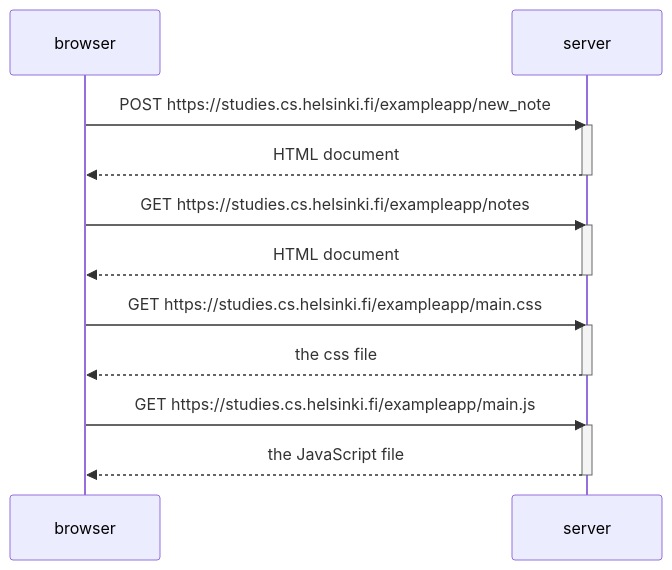
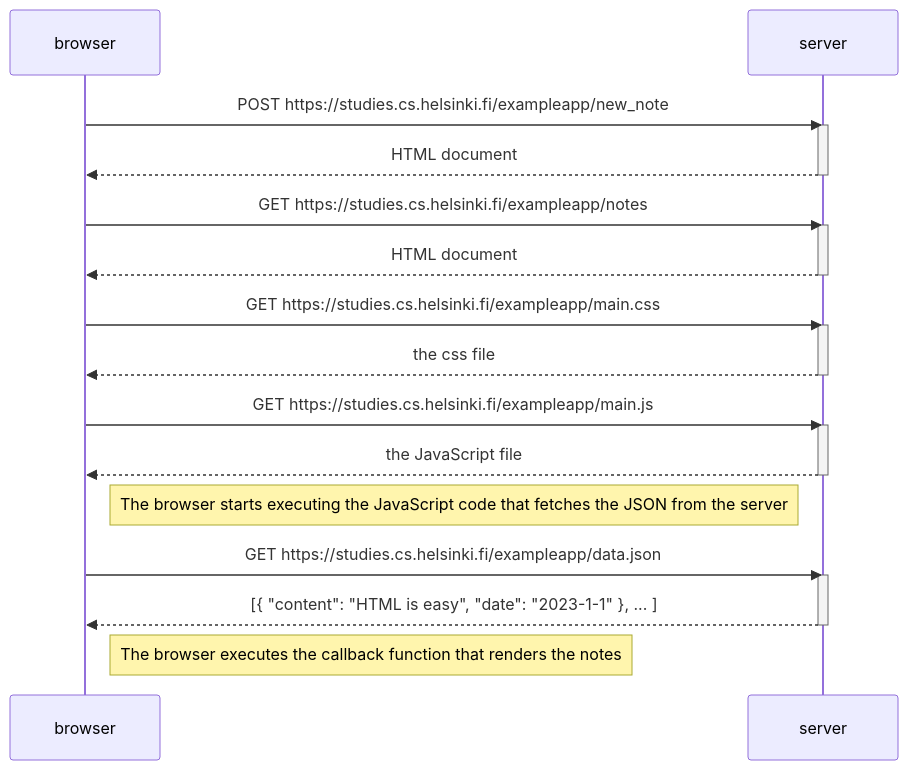
One commit to z0nsk1/FullStackOpen23 changed the diagram in 0.4_sekvenssikaavio.md. Above: the diagram before and after it, drawn with Mermaid.

````diff
--- a/0.4_sekvenssikaavio.md
+++ b/0.4_sekvenssikaavio.md
@@ -1,26 +1,35 @@
 ```mermaid
 sequenceDiagram
   participant browser
   participant server
 
   browser->>server: POST https://studies.cs.helsinki.fi/exampleapp/new_note
   activate server
   server-->>browser: HTML document
   deactivate server
 
   browser->>server: GET https://studies.cs.helsinki.fi/exampleapp/notes
   activate server
   server-->>browser: HTML document
   deactivate server
     
   browser->>server: GET https://studies.cs.helsinki.fi/exampleapp/main.css
   activate server
   server-->>browser: the css file
   deactivate server
     
   browser->>server: GET https://studies.cs.helsinki.fi/exampleapp/main.js
   activate server
   server-->>browser: the JavaScript file
   deactivate server
 
+  Note right of browser: The browser starts executing the JavaScript code that fetches the JSON from the server
+    
+  browser->>server: GET https://studies.cs.helsinki.fi/exampleapp/data.json
+  activate server
+  server-->>browser: [{ "content": "HTML is easy", "date": "2023-1-1" }, ... ]
+  deactivate server    
+
+  Note right of browser: The browser executes the callback function that renders the notes
+
 ```
````
